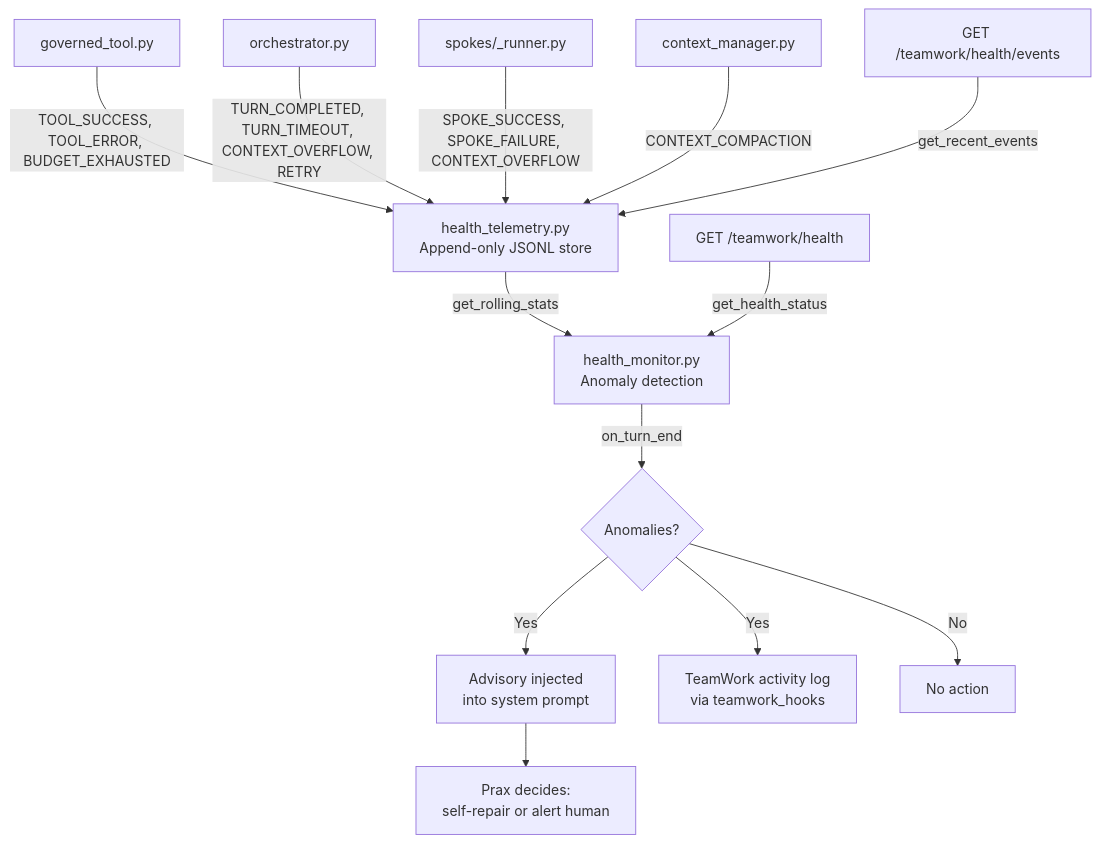
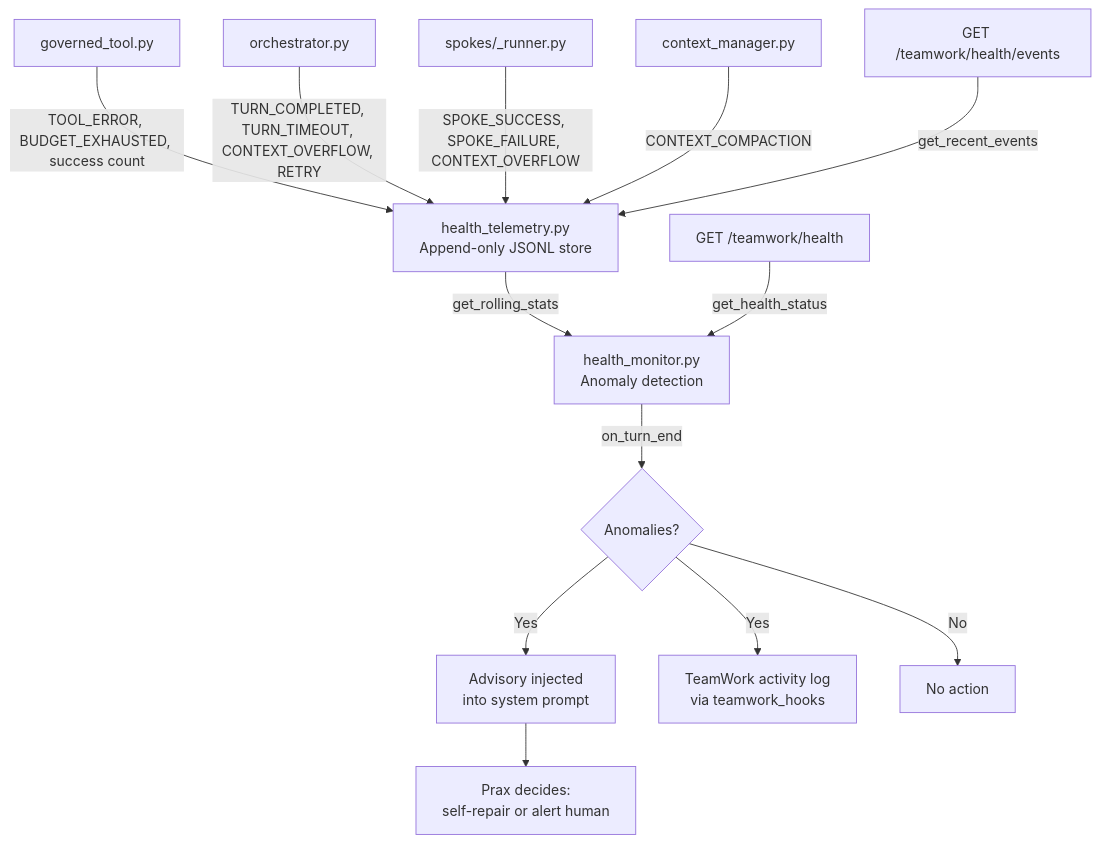
Before and after one commit to praxagent/prax: the first of 3 diagrams in docs/infrastructure/health-monitoring.md, drawn with Mermaid. The commit also changed other lines of this file and 11 other files, not shown here.

````diff
--- a/docs/infrastructure/health-monitoring.md
+++ b/docs/infrastructure/health-monitoring.md
@@ -60,21 +60,21 @@
 ```mermaid
 flowchart TD
-    GT[governed_tool.py] -->|TOOL_SUCCESS, TOOL_ERROR, BUDGET_EXHAUSTED| HT
+    GT[governed_tool.py] -->|TOOL_ERROR, BUDGET_EXHAUSTED, success count| HT
     ORC[orchestrator.py] -->|TURN_COMPLETED, TURN_TIMEOUT, CONTEXT_OVERFLOW, RETRY| HT
     SR[spokes/_runner.py] -->|SPOKE_SUCCESS, SPOKE_FAILURE, CONTEXT_OVERFLOW| HT
     CM[context_manager.py] -->|CONTEXT_COMPACTION| HT
 
     HT[health_telemetry.py<br/>Append-only JSONL store]
 
     HT -->|get_rolling_stats| HM[health_monitor.py<br/>Anomaly detection]
 
     HM -->|on_turn_end| ADV{Anomalies?}
     ADV -- Yes --> SYS[Advisory injected<br/>into system prompt]
     ADV -- Yes --> TW[TeamWork activity log<br/>via teamwork_hooks]
     ADV -- No --> NOOP[No action]
 
     SYS --> PRAX[Prax decides:<br/>self-repair or alert human]
 
     API1[GET /teamwork/health] -->|get_health_status| HM
     API2[GET /teamwork/health/events] -->|get_recent_events| HT
 ```
````
